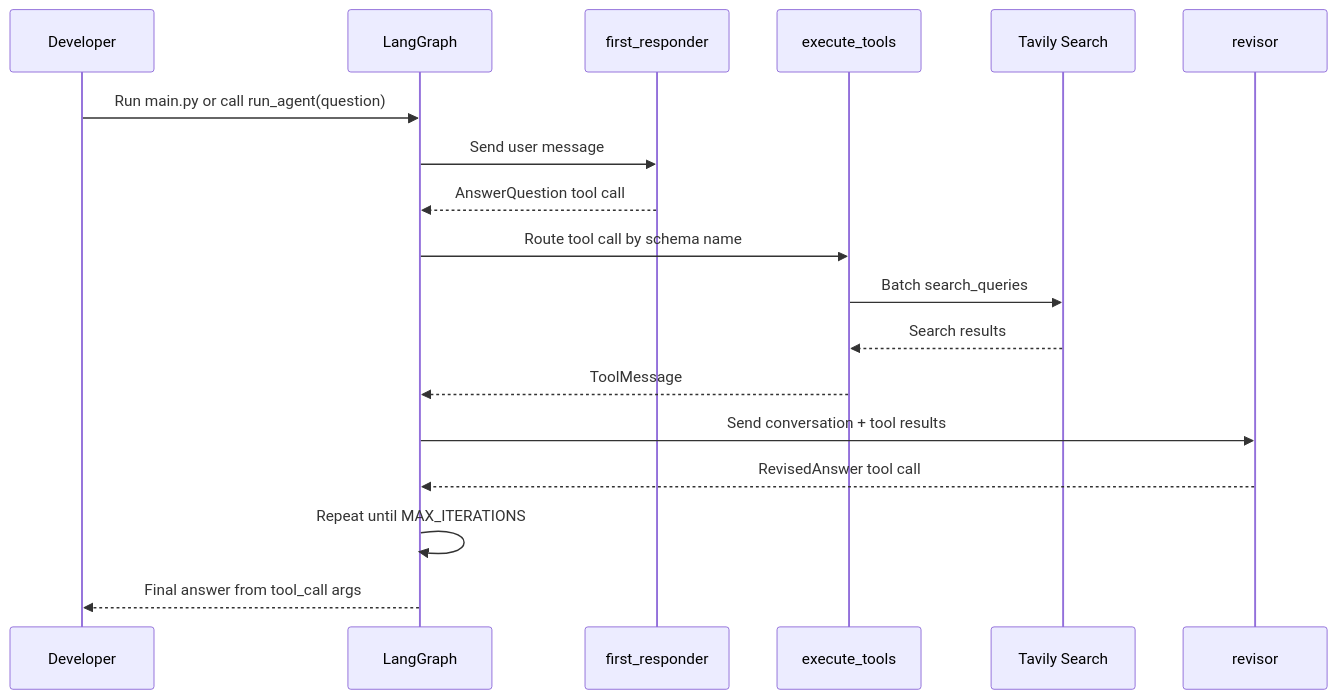
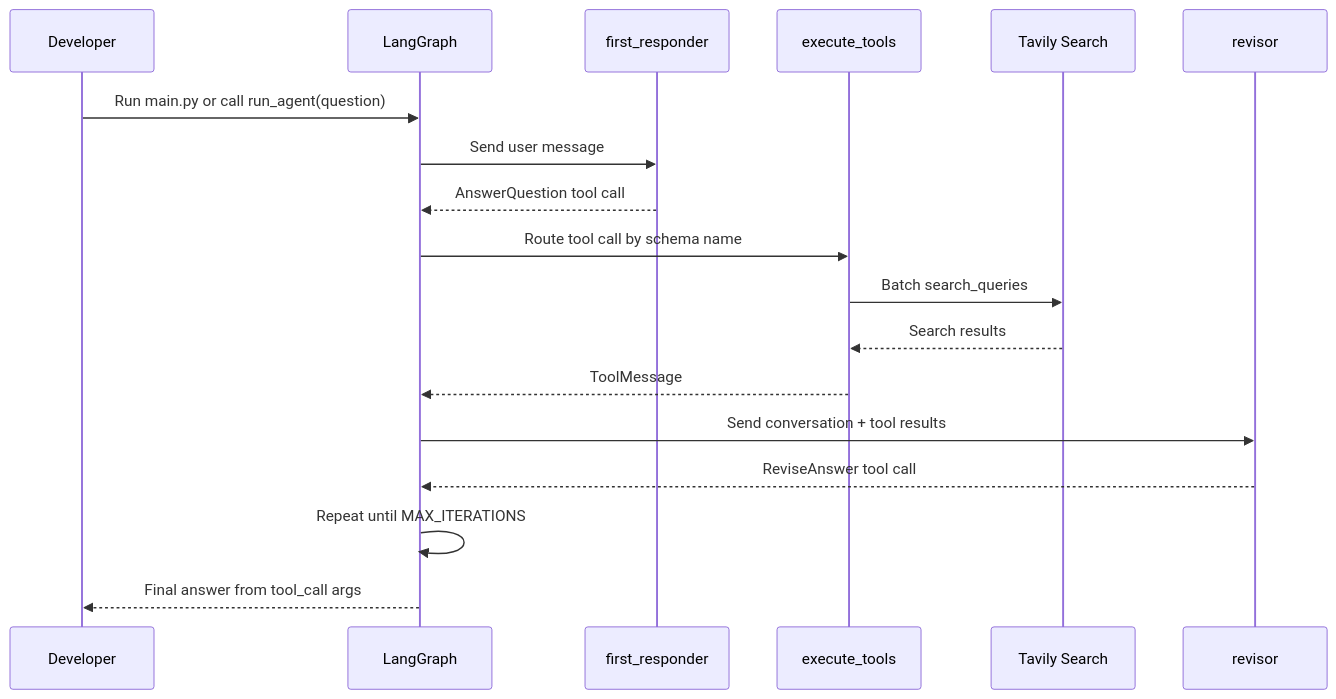
One commit to PrynAI/AgenticAI-OnRamp-with-Langgraph changed the third of 3 diagrams in README.md. Above: the diagram before and after it, drawn with Mermaid. The commit also changed other lines of this file and 6 other files, not shown here.

````diff
--- a/README.md
+++ b/README.md
@@ -59,21 +90,21 @@
 ```mermaid
 sequenceDiagram
     participant Dev as Developer
     participant Graph as LangGraph
     participant First as first_responder
     participant Tools as execute_tools
     participant Tavily as Tavily Search
     participant Revisor as revisor
 
     Dev->>Graph: Run main.py or call run_agent(question)
     Graph->>First: Send user message
     First-->>Graph: AnswerQuestion tool call
     Graph->>Tools: Route tool call by schema name
     Tools->>Tavily: Batch search_queries
     Tavily-->>Tools: Search results
     Tools-->>Graph: ToolMessage
     Graph->>Revisor: Send conversation + tool results
-    Revisor-->>Graph: RevisedAnswer tool call
+    Revisor-->>Graph: ReviseAnswer tool call
     Graph->>Graph: Repeat until MAX_ITERATIONS
     Graph-->>Dev: Final answer from tool_call args
 ```
````
